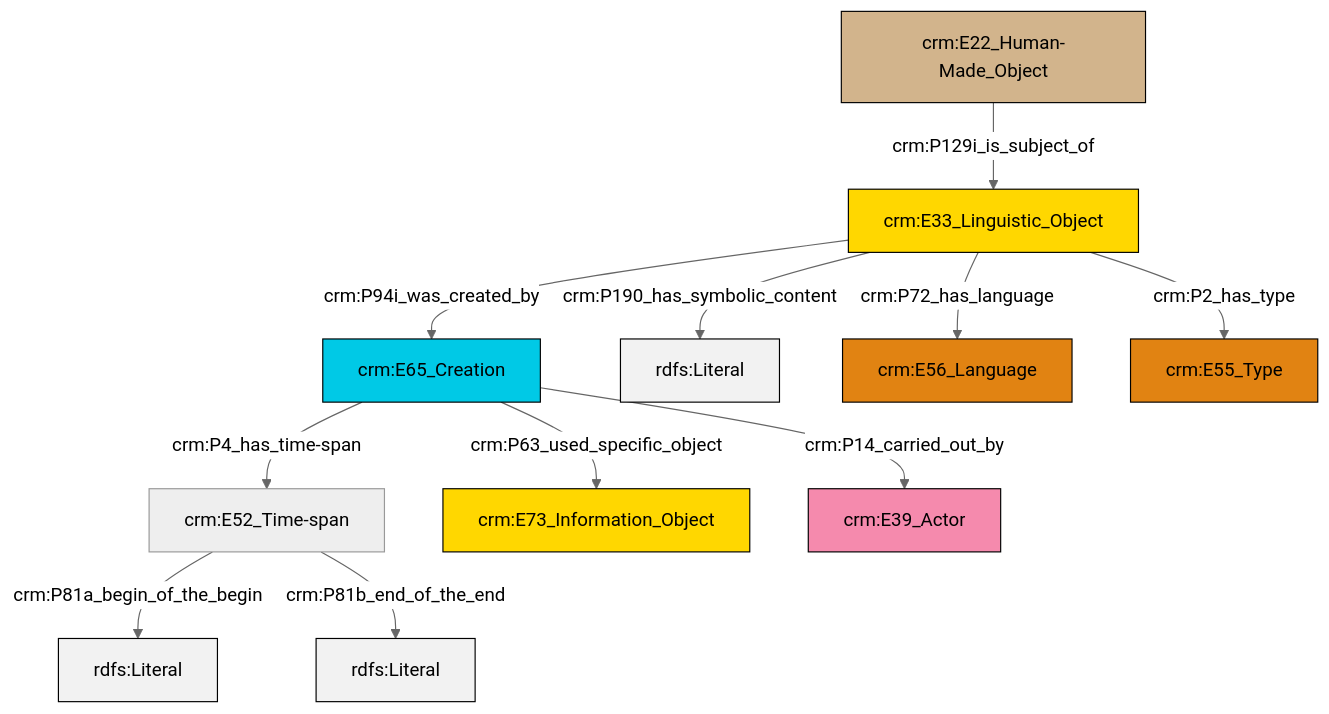
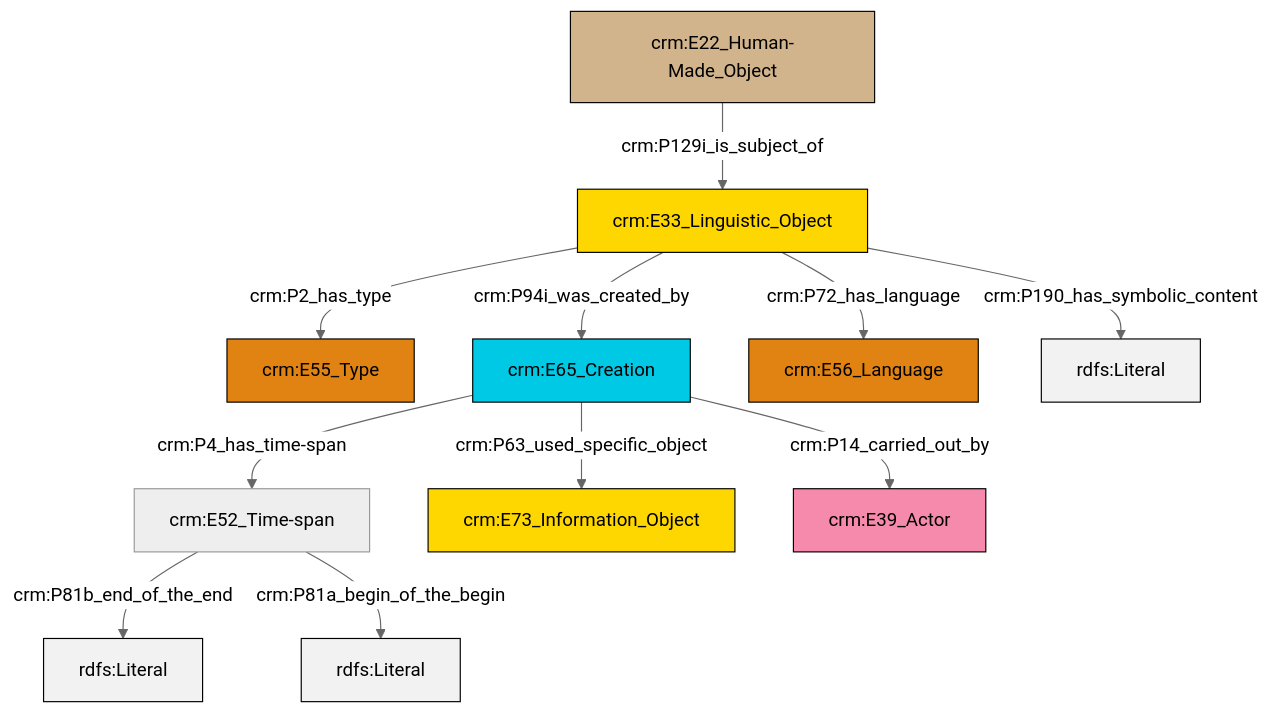
Before and after one commit to swiss-art-research-net/docs.swissartresearch: the diagram in et/carrierCSV/ttl/mmd/carrier_description.ttl.mmd, drawn with Mermaid (neutral theme). The commit also changed 178 other files, not shown here.

```diff
--- a/et/carrierCSV/ttl/mmd/carrier_description.ttl.mmd
+++ b/et/carrierCSV/ttl/mmd/carrier_description.ttl.mmd
@@ -1,25 +1,25 @@
 graph TD
 classDef Literal fill:#f2f2f2,stroke:#000000;
 classDef CRM_Entity fill:#FFFFFF,stroke:#000000;
 classDef Temporal_Entity fill:#00C9E6, stroke:#000000;
 classDef Type fill:#E18312, stroke:#000000;
 classDef Time-Span fill:#2C9C91, stroke:#000000;
 classDef Appellation fill:#FFEB7F, stroke:#000000;
 classDef Place fill:#008836, stroke:#000000;
 classDef Persistent_Item fill:#B266B2, stroke:#000000;
 classDef Conceptual_Object fill:#FFD700, stroke:#000000;
 classDef Physical_Thing fill:#D2B48C, stroke:#000000;
 classDef Actor fill:#f58aad, stroke:#000000;
 classDef PC_Classes fill:#4ce600, stroke:#000000;
 classDef Multi fill:#cccccc,stroke:#000000;
 
-0["crm:E65_Creation"]:::Temporal_Entity -->|crm:P4_has_time-span| 1["crm:E52_Time-span"]:::Default
-0["crm:E65_Creation"]:::Temporal_Entity -->|crm:P63_used_specific_object| 5["crm:E73_Information_Object"]:::Conceptual_Object
-6["crm:E33_Linguistic_Object"]:::Conceptual_Object -->|crm:P94i_was_created_by| 0["crm:E65_Creation"]:::Temporal_Entity
-6["crm:E33_Linguistic_Object"]:::Conceptual_Object -->|crm:P190_has_symbolic_content| 9[rdfs:Literal]:::Literal
-1["crm:E52_Time-span"]:::Default -->|crm:P81a_begin_of_the_begin| 13[rdfs:Literal]:::Literal
-6["crm:E33_Linguistic_Object"]:::Conceptual_Object -->|crm:P72_has_language| 11["crm:E56_Language"]:::Type
-0["crm:E65_Creation"]:::Temporal_Entity -->|crm:P14_carried_out_by| 7["crm:E39_Actor"]:::Actor
-2["crm:E22_Human-Made_Object"]:::Physical_Thing -->|crm:P129i_is_subject_of| 6["crm:E33_Linguistic_Object"]:::Conceptual_Object
-6["crm:E33_Linguistic_Object"]:::Conceptual_Object -->|crm:P2_has_type| 15["crm:E55_Type"]:::Type
-1["crm:E52_Time-span"]:::Default -->|crm:P81b_end_of_the_end| 16[rdfs:Literal]:::Literal
+2["crm:E33_Linguistic_Object"]:::Conceptual_Object -->|crm:P2_has_type| 3["crm:E55_Type"]:::Type
+9["crm:E65_Creation"]:::Temporal_Entity -->|crm:P63_used_specific_object| 4["crm:E73_Information_Object"]:::Conceptual_Object
+2["crm:E33_Linguistic_Object"]:::Conceptual_Object -->|crm:P94i_was_created_by| 9["crm:E65_Creation"]:::Temporal_Entity
+9["crm:E65_Creation"]:::Temporal_Entity -->|crm:P4_has_time-span| 0["crm:E52_Time-span"]:::Default
+2["crm:E33_Linguistic_Object"]:::Conceptual_Object -->|crm:P190_has_symbolic_content| 12[rdfs:Literal]:::Literal
+2["crm:E33_Linguistic_Object"]:::Conceptual_Object -->|crm:P72_has_language| 10["crm:E56_Language"]:::Type
+0["crm:E52_Time-span"]:::Default -->|crm:P81b_end_of_the_end| 16[rdfs:Literal]:::Literal
+0["crm:E52_Time-span"]:::Default -->|crm:P81a_begin_of_the_begin| 17[rdfs:Literal]:::Literal
+7["crm:E22_Human-Made_Object"]:::Physical_Thing -->|crm:P129i_is_subject_of| 2["crm:E33_Linguistic_Object"]:::Conceptual_Object
+9["crm:E65_Creation"]:::Temporal_Entity -->|crm:P14_carried_out_by| 13["crm:E39_Actor"]:::Actor
```
